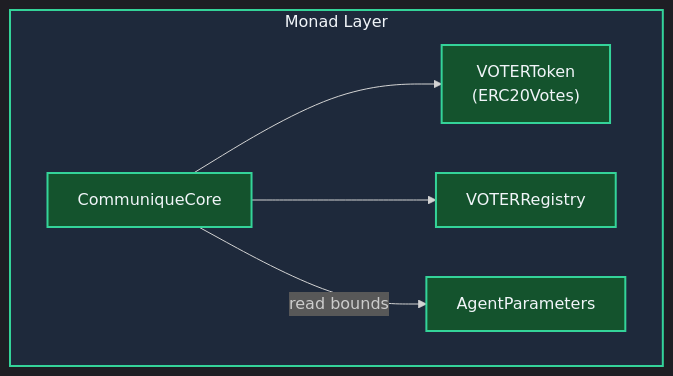
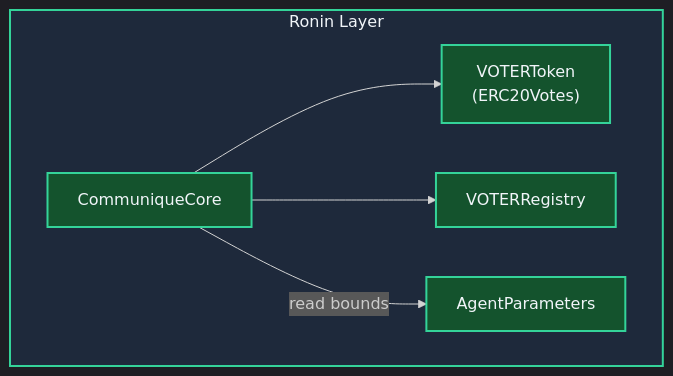
The second of 5 diagrams in docs/architecture/OVERVIEW_HYBRID_ARCHITECTURE.md (communisaas/voter-protocol), drawn with Mermaid before and after one commit. The commit also changed other lines of this file and 3 other files, not shown here.

First line of the commit message:
docs: Align architecture with actual implementation

````diff
--- a/docs/architecture/OVERVIEW_HYBRID_ARCHITECTURE.md
+++ b/docs/architecture/OVERVIEW_HYBRID_ARCHITECTURE.md
@@ -33,19 +33,19 @@
 ```mermaid
 %%{init: {'theme':'dark', 'themeVariables': { 'primaryColor':'#1e293b', 'primaryBorderColor':'#64748b', 'primaryTextColor':'#f1f5f9', 'background':'#0f172a', 'mainBkg':'#1e293b', 'secondaryBkg':'#334155'}}}%%
 flowchart TB
-  subgraph Monad ["Monad Layer"]
+  subgraph Ronin ["Ronin Layer"]
     Core["CommuniqueCore"]
     Token["VOTERToken<br/>(ERC20Votes)"]
     Registry["VOTERRegistry"]
     Params["AgentParameters"]
   end
   Core --> Token
   Core --> Registry
   Core -->|read bounds| Params
   
-  style Monad fill:#1e293b,stroke:#34d399,stroke-width:2px,color:#f1f5f9
+  style Ronin fill:#1e293b,stroke:#34d399,stroke-width:2px,color:#f1f5f9
   style Core fill:#14532d,stroke:#34d399,stroke-width:2px,color:#f1f5f9
   style Token fill:#14532d,stroke:#34d399,stroke-width:2px,color:#f1f5f9
   style Registry fill:#14532d,stroke:#34d399,stroke-width:2px,color:#f1f5f9
   style Params fill:#14532d,stroke:#34d399,stroke-width:2px,color:#f1f5f9
 ```
````
